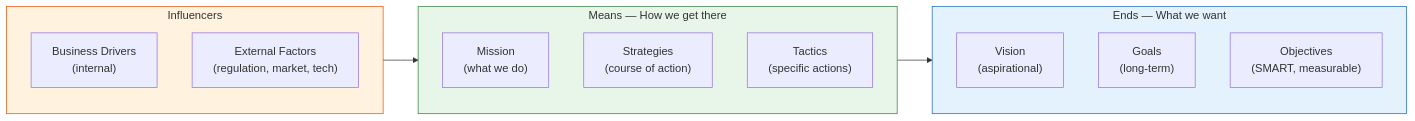
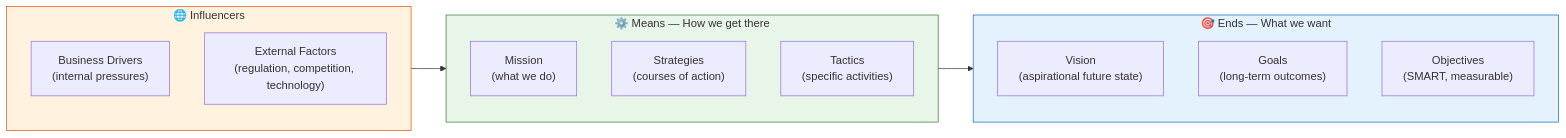
One commit to Yuvarajsfcloud/Knowledge-Library changed the third of 4 diagrams in docs/knowledge/adm/architecture-vision.md. Above: the diagram before and after it, drawn with Mermaid. The commit also changed other lines of this file and 1 other file, not shown here.

````diff
--- a/docs/knowledge/adm/architecture-vision.md
+++ b/docs/knowledge/adm/architecture-vision.md
@@ -76,24 +141,24 @@
 ``` mermaid
 flowchart LR
-    subgraph Ends["Ends — What we want"]
-        Vision["Vision\n(aspirational)"]
-        Goal["Goals\n(long-term)"]
+    subgraph Ends["🎯 Ends — What we want"]
+        Vision["Vision\n(aspirational future state)"]
+        Goal["Goals\n(long-term outcomes)"]
         Objective["Objectives\n(SMART, measurable)"]
     end
-    subgraph Means["Means — How we get there"]
+    subgraph Means["⚙️ Means — How we get there"]
         Mission["Mission\n(what we do)"]
-        Strategy["Strategies\n(course of action)"]
-        Tactic["Tactics\n(specific actions)"]
+        Strategy["Strategies\n(courses of action)"]
+        Tactic["Tactics\n(specific activities)"]
     end
-    subgraph Influencers["Influencers"]
-        Driver["Business Drivers\n(internal)"]
-        External["External Factors\n(regulation, market, tech)"]
+    subgraph Influencers["🌐 Influencers"]
+        Driver["Business Drivers\n(internal pressures)"]
+        External["External Factors\n(regulation, competition, technology)"]
     end
 
     Influencers --> Means
     Means --> Ends
 
     style Ends fill:#e3f2fd,stroke:#1565c0
     style Means fill:#e8f5e9,stroke:#2e7d32
     style Influencers fill:#fff3e0,stroke:#e65100
 ```
````
